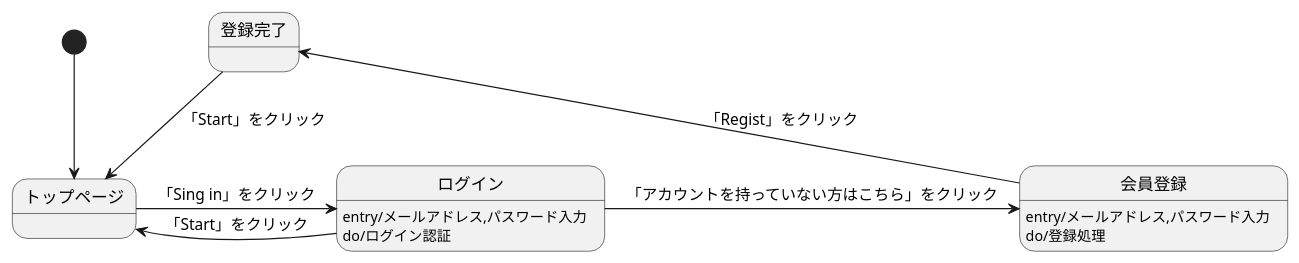
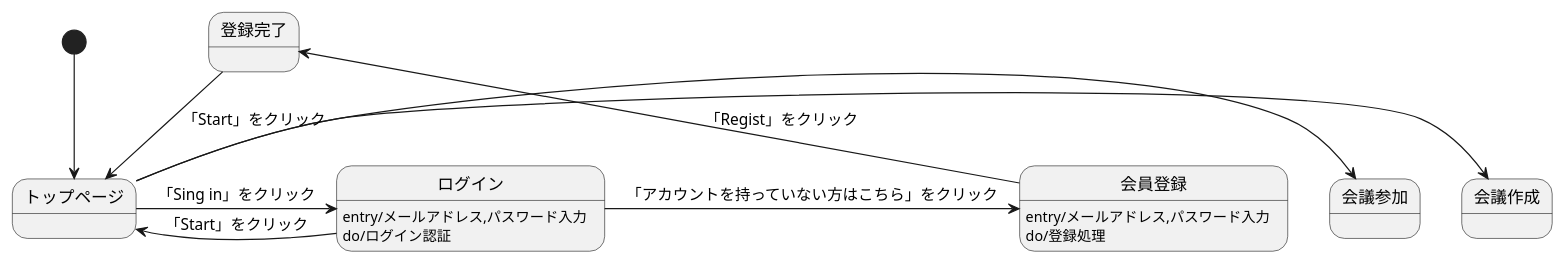
Before and after one commit to Aso2001031/2021sys-design: the diagram in 画面遷移図.md, drawn with PlantUML.

````diff
--- a/画面遷移図.md
+++ b/画面遷移図.md
@@ -1,23 +1,24 @@
 ```uml
 @startuml
 
 [*] -down-> トップページ
 
 
 トップページ -right-> ログイン :「Sing in」をクリック
-
+トップページ -> 会議参加
+トップページ -> 会議作成
 
 
 ログイン : entry/メールアドレス,パスワード入力
 ログイン : do/ログイン認証
 ログイン -left-> トップページ :「Start」をクリック
 ログイン -right-> 会員登録 :「アカウントを持っていない方はこちら」をクリック
 
 会員登録 : entry/メールアドレス,パスワード入力
 会員登録 : do/登録処理
 会員登録 -up-> 登録完了 : 「Regist」をクリック
 
 登録完了 -> トップページ :「Start」をクリック
 
 @enduml
 ```
````
